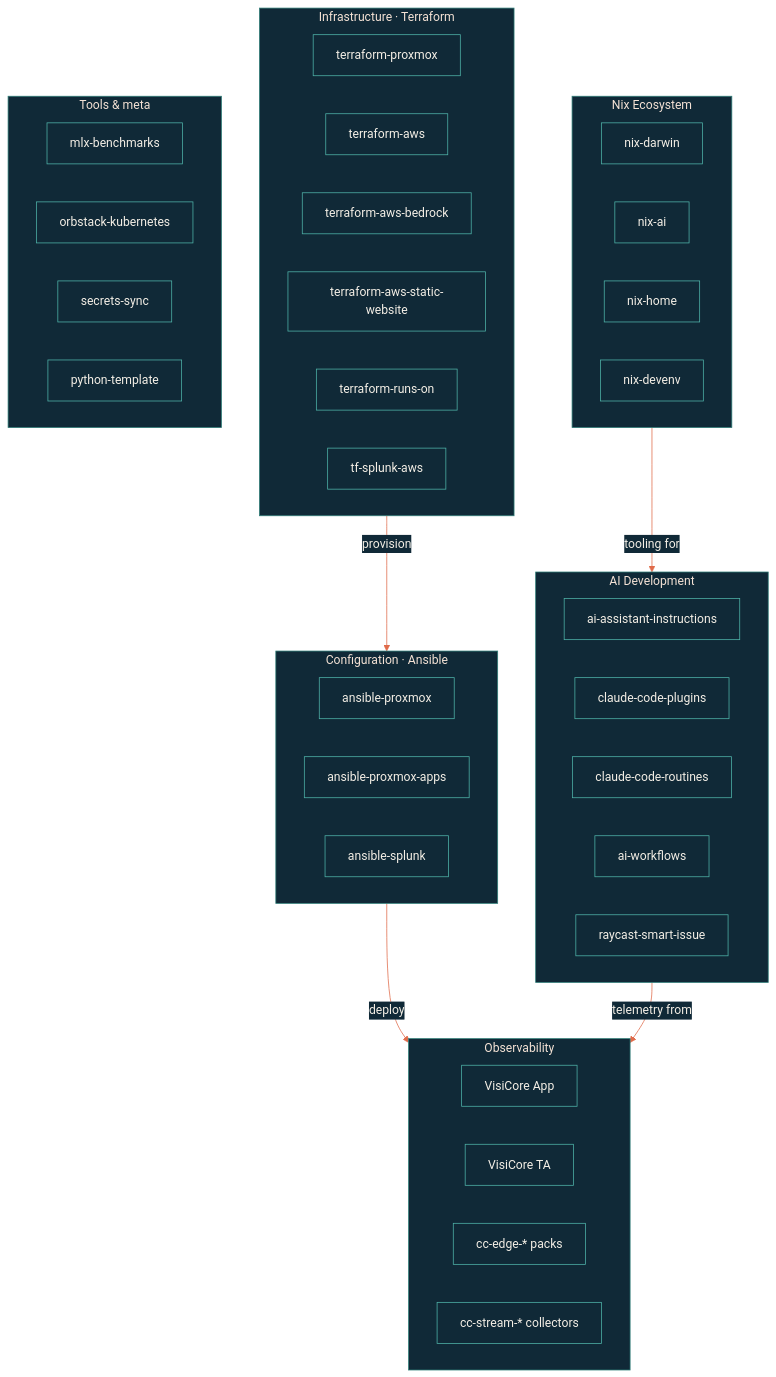
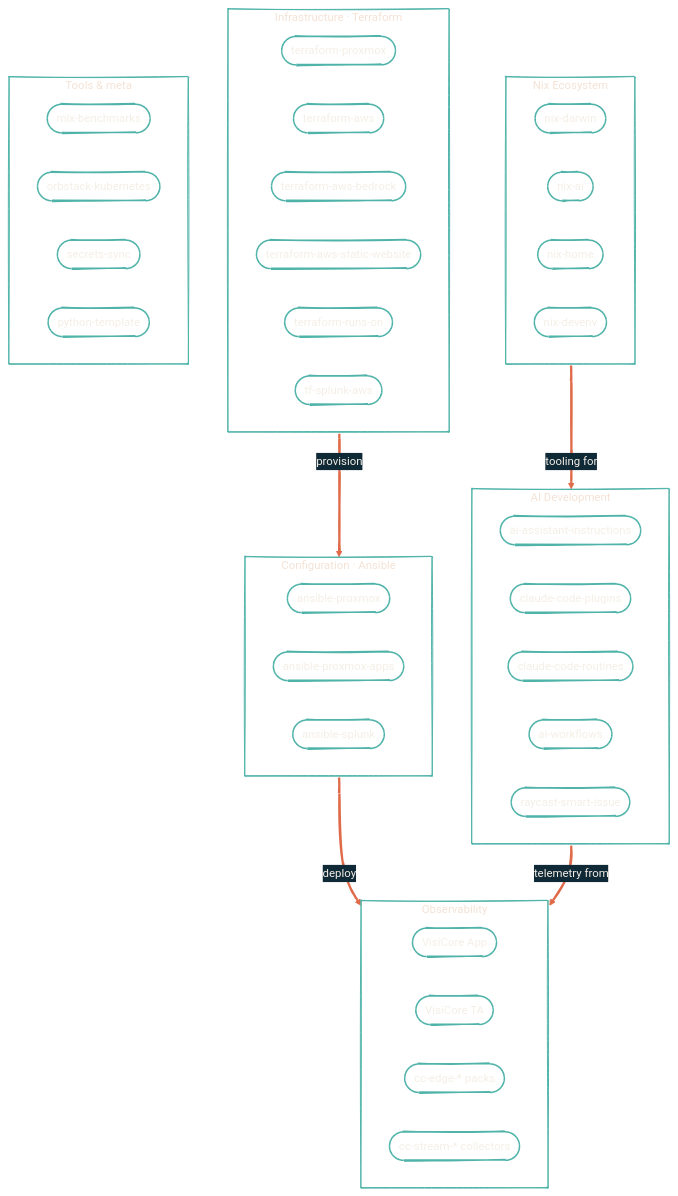
Before and after one commit to dryvist/docs: the diagram in how-it-fits-together.mdx, drawn with Mermaid. The commit also changed 10 other files, not shown here.

First line of the commit message:
fix(diagrams): hand-drawn look + transparent fills across all 10 diagrams

````diff
--- a/how-it-fits-together.mdx
+++ b/how-it-fits-together.mdx
@@ -10,61 +10,63 @@
 ```mermaid
-%%{init: {'theme':'base','themeVariables':{'primaryColor':'#4FB3A9','primaryTextColor':'#F4EFE6','primaryBorderColor':'#2F7E78','lineColor':'#E06B4A','secondaryColor':'#102937','tertiaryColor':'#0B1D2A','clusterBkg':'#102937','clusterBorder':'#2F7E78'}}}%%
+%%{init: {'theme':'base','look':'handDrawn','themeVariables':{'primaryColor':'#4FB3A9','primaryTextColor':'#F4EFE6','primaryBorderColor':'#2F7E78','lineColor':'#E06B4A','secondaryColor':'#102937','tertiaryColor':'#0B1D2A','clusterBkg':'transparent','clusterBorder':'#4FB3A9','fontFamily':'Geist','fontSize':'15px'}}}%%
 flowchart TB
   subgraph Inf["Infrastructure · Terraform"]
     direction LR
-    tp[terraform-proxmox]
-    ta[terraform-aws]
-    tab[terraform-aws-bedrock]
-    tasw[terraform-aws-static-website]
-    tro[terraform-runs-on]
-    tsa[tf-splunk-aws]
+    tp(["terraform-proxmox"])
+    ta(["terraform-aws"])
+    tab(["terraform-aws-bedrock"])
+    tasw(["terraform-aws-static-website"])
+    tro(["terraform-runs-on"])
+    tsa(["tf-splunk-aws"])
   end
 
   subgraph Cfg["Configuration · Ansible"]
     direction LR
-    ap[ansible-proxmox]
-    apa[ansible-proxmox-apps]
-    as[ansible-splunk]
+    ap(["ansible-proxmox"])
+    apa(["ansible-proxmox-apps"])
+    as(["ansible-splunk"])
   end
 
   subgraph Nix["Nix Ecosystem"]
     direction LR
-    nd[nix-darwin]
-    na[nix-ai]
-    nh[nix-home]
-    ndv[nix-devenv]
+    nd(["nix-darwin"])
+    na(["nix-ai"])
+    nh(["nix-home"])
+    ndv(["nix-devenv"])
   end
 
   subgraph AI["AI Development"]
     direction LR
-    aai[ai-assistant-instructions]
-    ccp[claude-code-plugins]
-    ccr[claude-code-routines]
-    aw[ai-workflows]
-    rsi[raycast-smart-issue]
+    aai(["ai-assistant-instructions"])
+    ccp(["claude-code-plugins"])
+    ccr(["claude-code-routines"])
+    aw(["ai-workflows"])
+    rsi(["raycast-smart-issue"])
   end
 
   subgraph Obs["Observability"]
     direction LR
-    vca[VisiCore App]
-    vct[VisiCore TA]
-    cco["cc-edge-* packs"]
-    csg["cc-stream-* collectors"]
+    vca(["VisiCore App"])
+    vct(["VisiCore TA"])
+    cco(["cc-edge-* packs"])
+    csg(["cc-stream-* collectors"])
   end
 
   subgraph Tools["Tools & meta"]
     direction LR
-    mlx[mlx-benchmarks]
-    ok[orbstack-kubernetes]
-    ss[secrets-sync]
-    pt[python-template]
+    mlx(["mlx-benchmarks"])
+    ok(["orbstack-kubernetes"])
+    ss(["secrets-sync"])
+    pt(["python-template"])
   end
 
   Inf -->|provision| Cfg
   Cfg -->|deploy| Obs
   Nix -->|tooling for| AI
   AI -->|telemetry from| Obs
 
-  classDef cat fill:#102937,stroke:#4FB3A9,stroke-width:1px,color:#F4EFE6;
+  classDef cat fill:transparent,stroke:#4FB3A9,stroke-width:2px,color:#F4EFE6;
   class tp,ta,tab,tasw,tro,tsa,ap,apa,as,nd,na,nh,ndv,aai,ccp,ccr,aw,rsi,vca,vct,cco,csg,mlx,ok,ss,pt cat;
+
+  linkStyle default stroke:#E06B4A,stroke-width:3px
 ```
````
